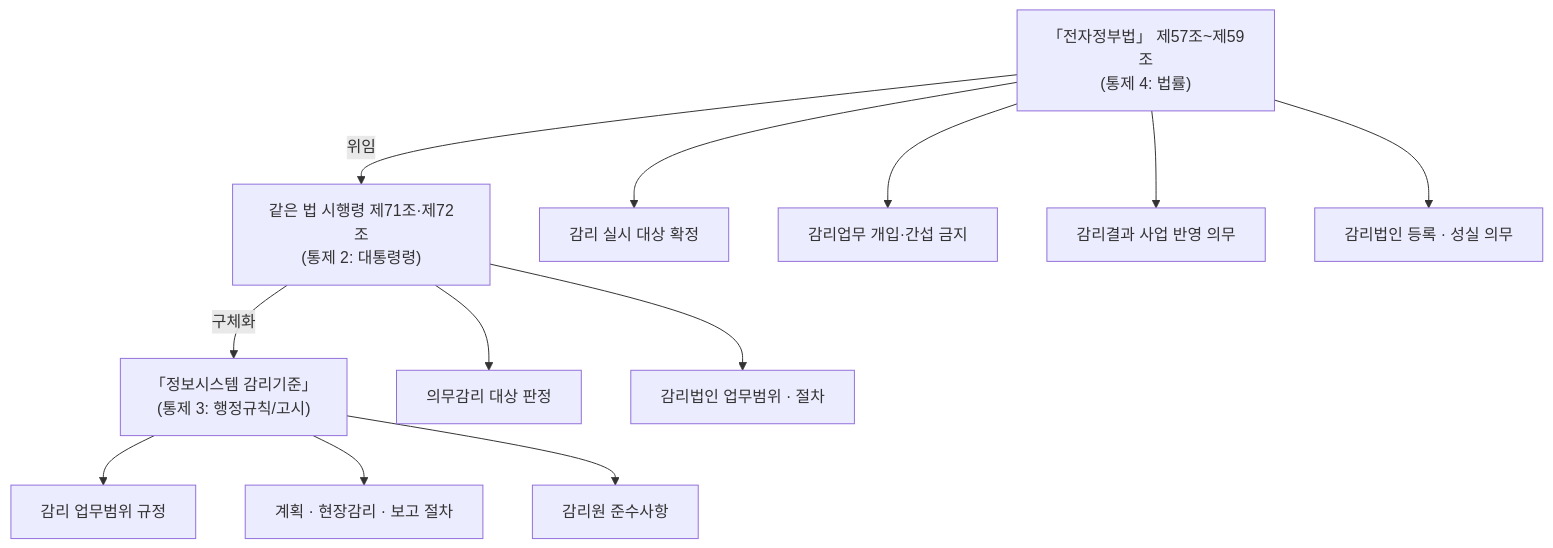
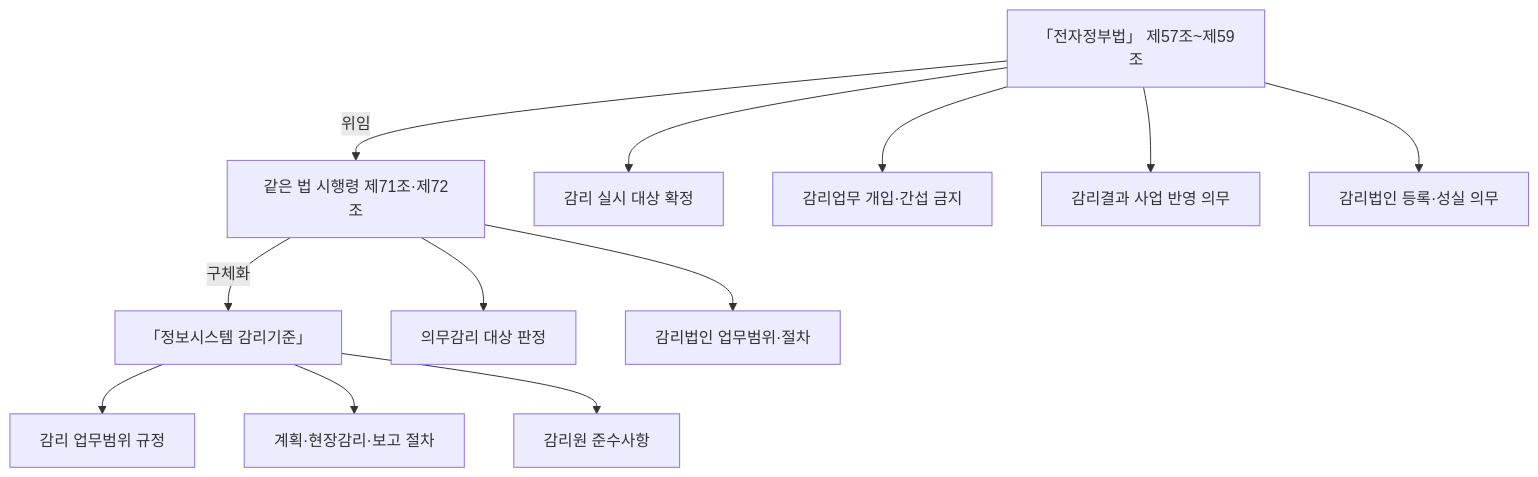
One commit to agnusdei1207/study changed the sixth of 6 diagrams in src/content/docs/notes/itpe/01-it-strategy/008_it_audit.md. Above: the diagram before and after it, drawn with Mermaid. The commit also changed other lines of this file and 19 other files, not shown here.

````diff
--- a/src/content/docs/notes/itpe/01-it-strategy/008_it_audit.md
+++ b/src/content/docs/notes/itpe/01-it-strategy/008_it_audit.md
@@ -180,17 +173,17 @@
 ```mermaid
 flowchart TD
-    LAW["「전자정부법」 제57조~제59조<br/>(통제 4: 법률)"] -->|위임| DECREE["같은 법 시행령 제71조·제72조<br/>(통제 2: 대통령령)"]
-    DECREE -->|구체화| RULE["「정보시스템 감리기준」<br/>(통제 3: 행정규칙/고시)"]
+    LAW["「전자정부법」 제57조~제59조"] -->|위임| DECREE["같은 법 시행령 제71조·제72조"]
+    DECREE -->|구체화| RULE["「정보시스템 감리기준」"]
 
     LAW --> L1["감리 실시 대상 확정"]
     LAW --> L2["감리업무 개입·간섭 금지"]
     LAW --> L3["감리결과 사업 반영 의무"]
-    LAW --> L4["감리법인 등록 · 성실 의무"]
+    LAW --> L4["감리법인 등록·성실 의무"]
 
     DECREE --> D1["의무감리 대상 판정"]
-    DECREE --> D2["감리법인 업무범위 · 절차"]
+    DECREE --> D2["감리법인 업무범위·절차"]
 
     RULE --> R1["감리 업무범위 규정"]
-    RULE --> R2["계획 · 현장감리 · 보고 절차"]
+    RULE --> R2["계획·현장감리·보고 절차"]
     RULE --> R3["감리원 준수사항"]
 ```
````
